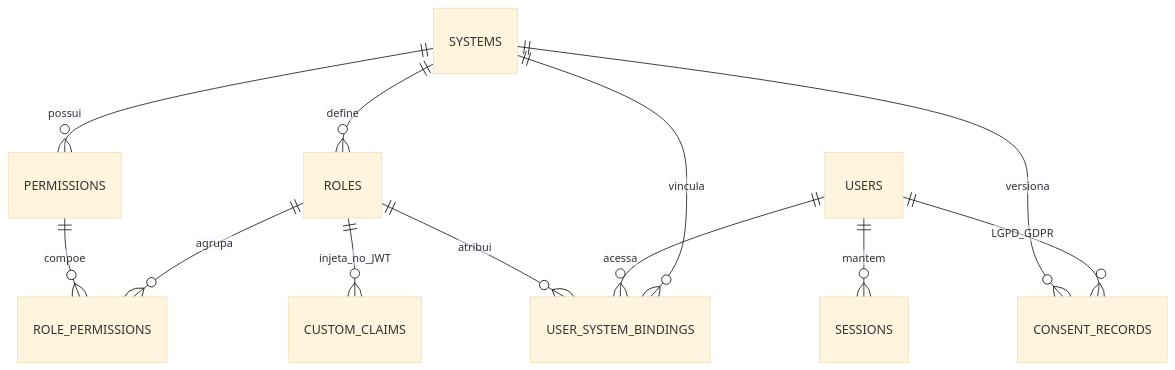
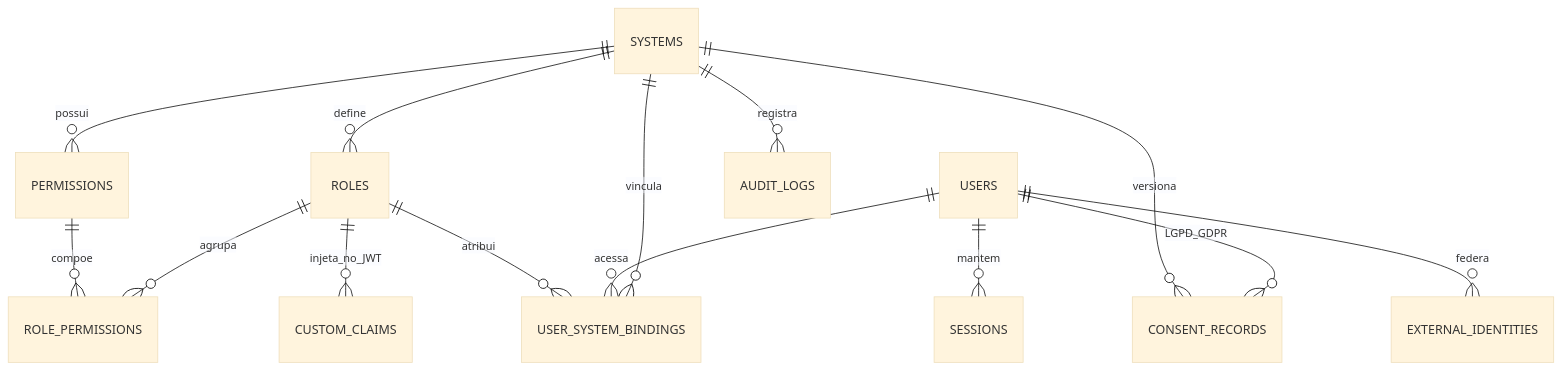
Before and after one commit to smarttargetdev/argus: the fourth of 4 diagrams in README.md, drawn with Mermaid (base theme). The commit also changed other lines of this file and 10 other files, not shown here.

````diff
--- a/README.md
+++ b/README.md
@@ -95,14 +244,16 @@
 ```mermaid
 erDiagram
     SYSTEMS ||--o{ ROLES : "define"
     SYSTEMS ||--o{ PERMISSIONS : "possui"
     SYSTEMS ||--o{ USER_SYSTEM_BINDINGS : "vincula"
     USERS ||--o{ USER_SYSTEM_BINDINGS : "acessa"
     ROLES ||--o{ USER_SYSTEM_BINDINGS : "atribui"
     ROLES ||--o{ ROLE_PERMISSIONS : "agrupa"
     PERMISSIONS ||--o{ ROLE_PERMISSIONS : "compoe"
     ROLES ||--o{ CUSTOM_CLAIMS : "injeta_no_JWT"
     USERS ||--o{ CONSENT_RECORDS : "LGPD_GDPR"
     SYSTEMS ||--o{ CONSENT_RECORDS : "versiona"
     USERS ||--o{ SESSIONS : "mantem"
+    USERS ||--o{ EXTERNAL_IDENTITIES : "federa"
+    SYSTEMS ||--o{ AUDIT_LOGS : "registra"
 ```
````
